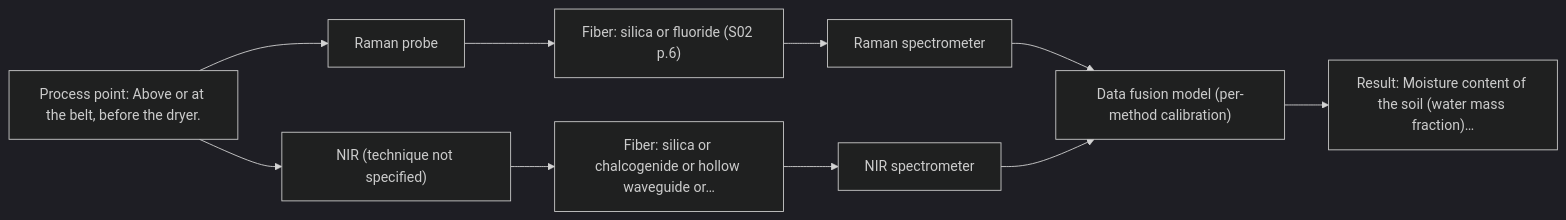
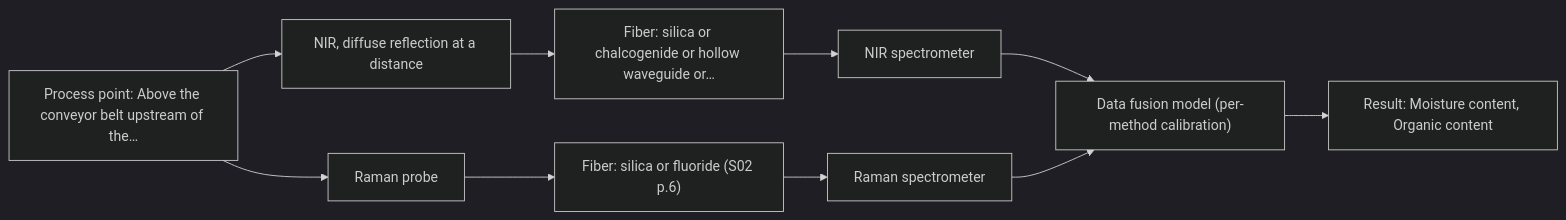
Before and after one commit to sleipnir029/Afs-Spectroscopy-Assistant: the second of 2 diagrams in outputs/adversarial/A01.md, drawn with Mermaid (dark theme). The commit also changed other lines of this file and 41 other files, not shown here.

````diff
--- a/outputs/adversarial/A01.md
+++ b/outputs/adversarial/A01.md
@@ -84,21 +93,21 @@
 ```mermaid
 flowchart LR
-    proc["Process point: Above or at the belt, before the dryer."]
-    probe1["Raman probe"]
-    fiber1["Fiber: silica or fluoride (S02 p.6)"]
-    spec1["Raman spectrometer"]
-    probe2["NIR (technique not specified)"]
-    fiber2["Fiber: silica or chalcogenide or hollow waveguide or…"]
-    spec2["NIR spectrometer"]
+    proc["Process point: Above the conveyor belt upstream of the…"]
+    probe1["NIR, diffuse reflection at a distance"]
+    fiber1["Fiber: silica or chalcogenide or hollow waveguide or…"]
+    spec1["NIR spectrometer"]
+    probe2["Raman probe"]
+    fiber2["Fiber: silica or fluoride (S02 p.6)"]
+    spec2["Raman spectrometer"]
     model["Data fusion model (per-method calibration)"]
-    result["Result: Moisture content of the soil (water mass fraction)…"]
+    result["Result: Moisture content, Organic content"]
     proc --> probe1
     probe1 --> fiber1
     fiber1 --> spec1
     spec1 --> model
     proc --> probe2
     probe2 --> fiber2
     fiber2 --> spec2
     spec2 --> model
     model --> result
 ```
````
